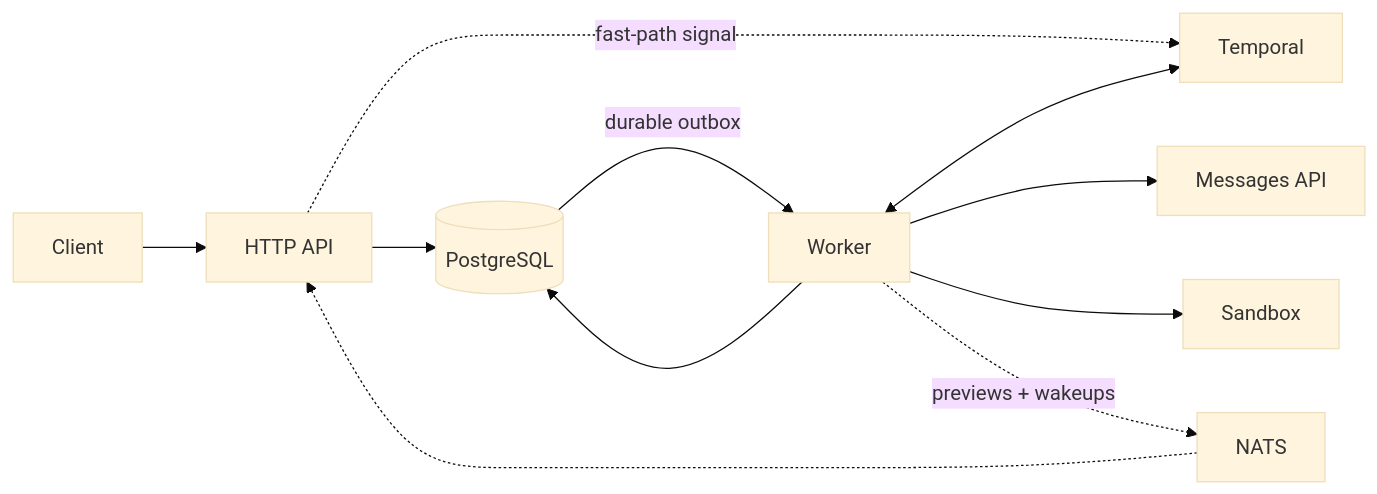
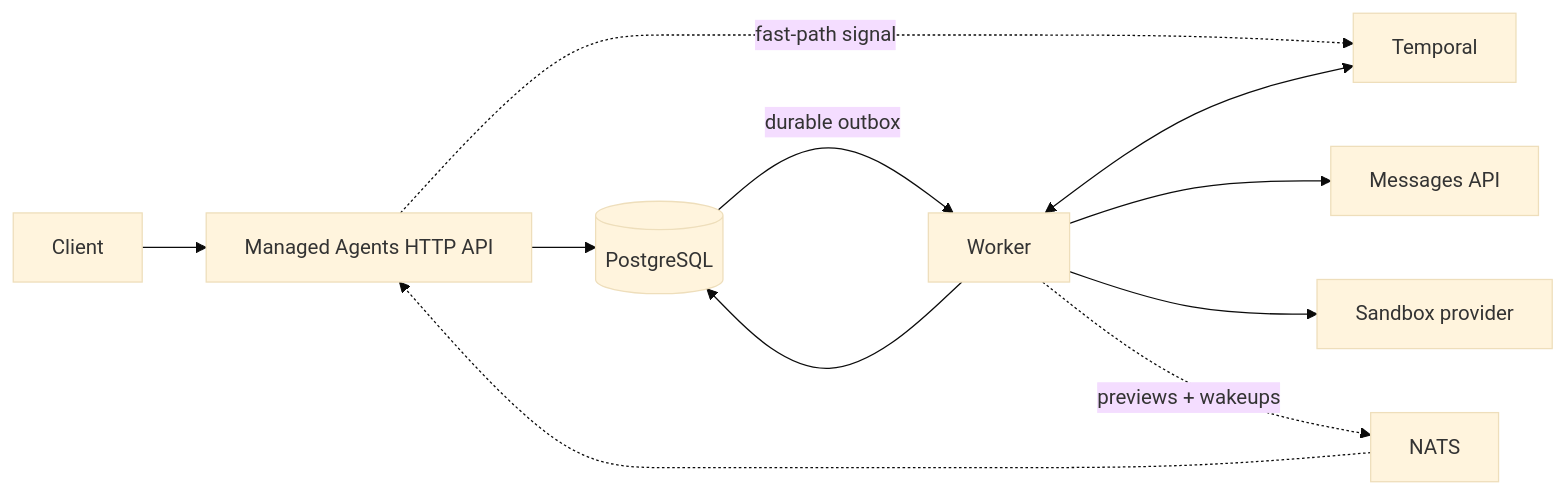
Before and after one commit to yanpgwang/managed-agent-go: the diagram in README.md, drawn with Mermaid (base theme). The commit also changed other lines of this file, not shown here.

````diff
--- a/README.md
+++ b/README.md
@@ -33,13 +129,13 @@
 ```mermaid
 flowchart LR
-  Client --> API["HTTP API"]
+  Client --> API["Managed Agents HTTP API"]
   API --> PG[("PostgreSQL")]
   API -. "fast-path signal" .-> Temporal
   PG -- "durable outbox" --> Worker
   Worker <--> Temporal
   Worker --> PG
   Worker --> Model["Messages API"]
-  Worker --> Sandbox
+  Worker --> Sandbox["Sandbox provider"]
   Worker -. "previews + wakeups" .-> NATS
   NATS -.-> API
 ```
````
